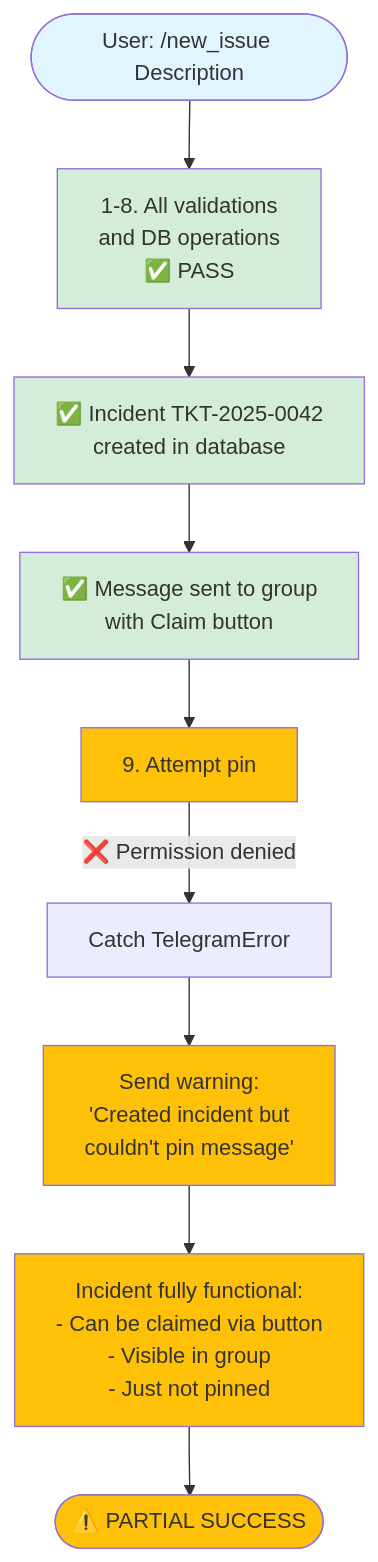
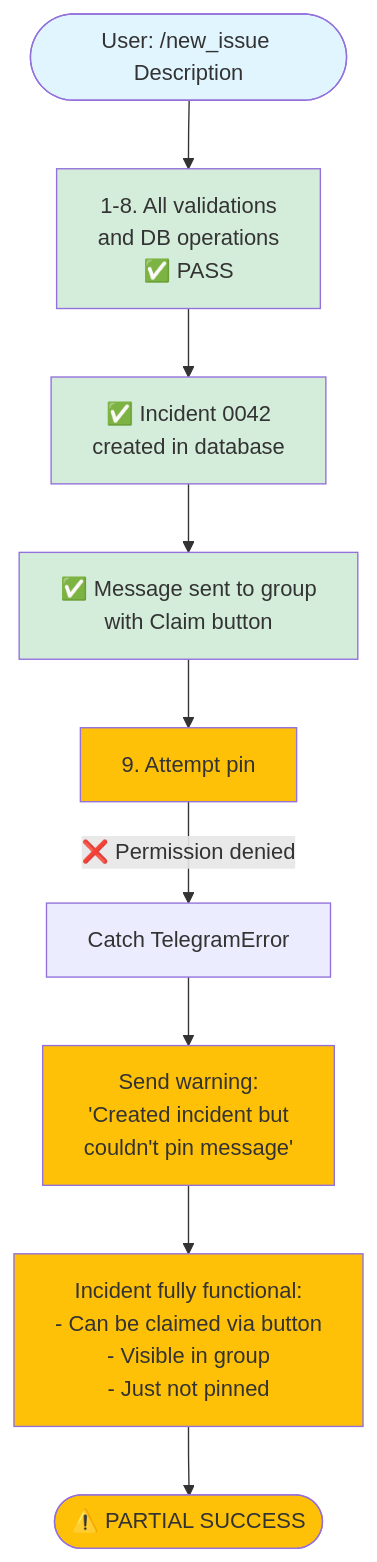
One commit to ShJavokhir/raisedash-kpi-bot changed diagram 36 of 50 in docs/new_issue_use_cases.md. Above: the diagram before and after it, drawn with Mermaid. The commit also changed other lines of this file, not shown here.

First line of the commit message:
docs: Update incident ID format in use cases

````diff
--- a/docs/new_issue_use_cases.md
+++ b/docs/new_issue_use_cases.md
@@ -1157,20 +1157,20 @@
 ```mermaid
 flowchart TD
     Start([User: /new_issue Description]) --> AllChecks[1-8. All validations<br/>and DB operations<br/>✅ PASS]
-    AllChecks --> IncidentExists[✅ Incident TKT-2025-0042<br/>created in database]
+    AllChecks --> IncidentExists[✅ Incident 0042<br/>created in database]
     IncidentExists --> MessageSent[✅ Message sent to group<br/>with Claim button]
     MessageSent --> PinAttempt[9. Attempt pin]
     PinAttempt -->|❌ Permission denied| CatchError[Catch TelegramError]
     CatchError --> WarnUser[Send warning:<br/>'Created incident but<br/>couldn't pin message']
     WarnUser --> IncidentUsable[Incident fully functional:<br/>- Can be claimed via button<br/>- Visible in group<br/>- Just not pinned]
     IncidentUsable --> End([⚠️ PARTIAL SUCCESS])
 
     style Start fill:#e1f5ff
     style AllChecks fill:#d4edda
     style IncidentExists fill:#d4edda
     style MessageSent fill:#d4edda
     style PinAttempt fill:#ffc107
     style WarnUser fill:#ffc107
     style IncidentUsable fill:#ffc107
     style End fill:#ffc107
 ```
````
